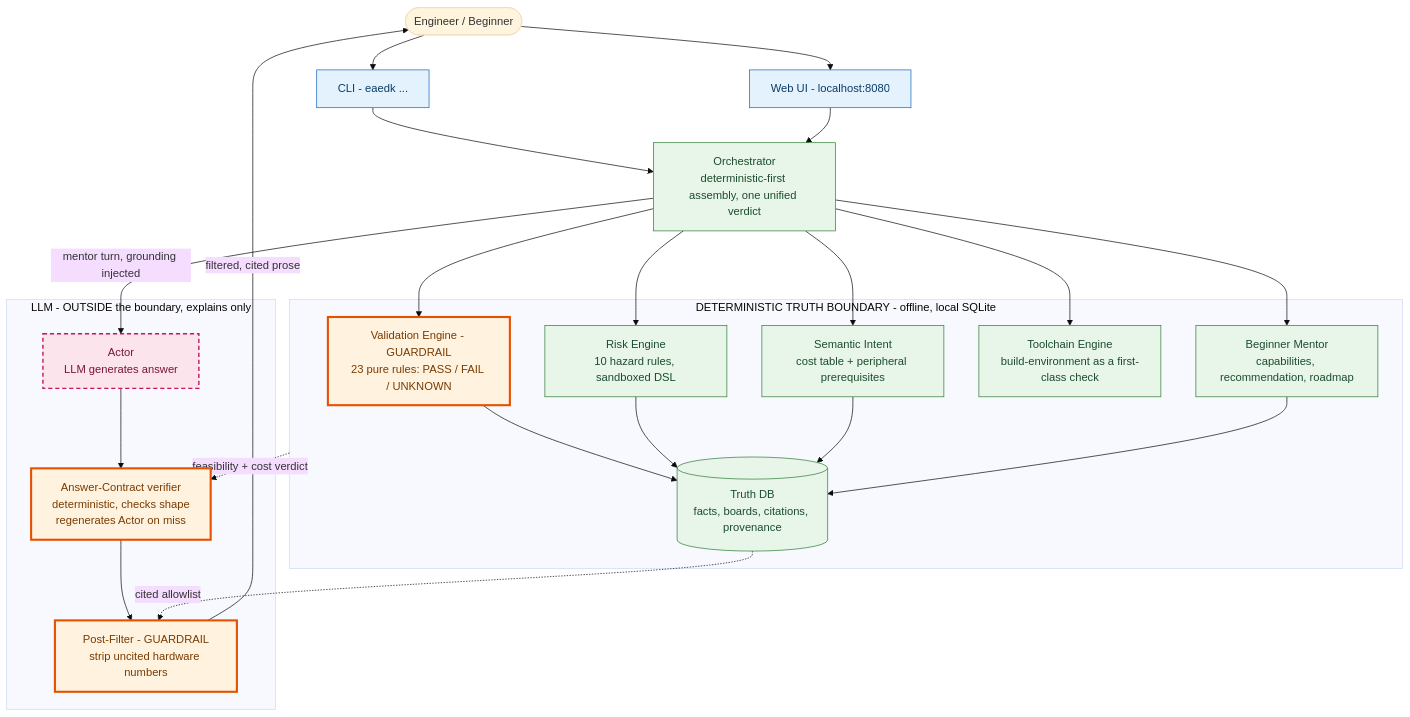
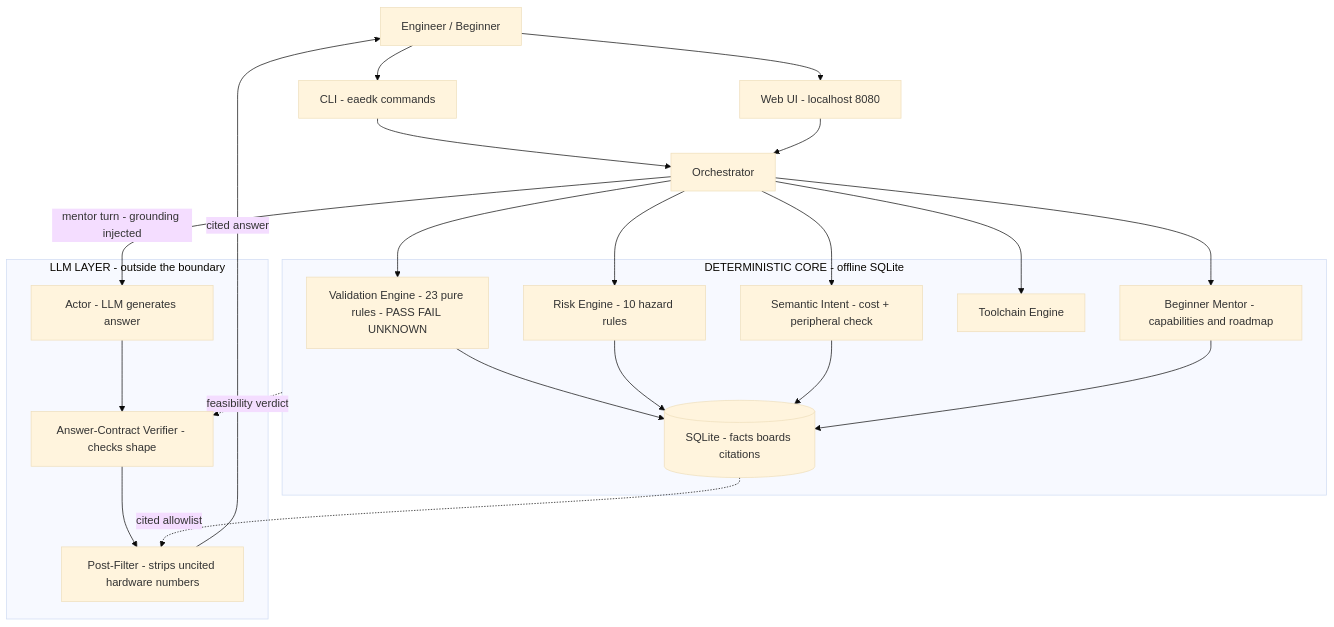
The first of 3 diagrams in README.md (Ashut90/eaedk), drawn with Mermaid (base theme) before and after one commit. The commit also changed other lines of this file, not shown here.

First line of the commit message:
fix(readme): fix mermaid diagrams for GitHub rendering

````diff
--- a/README.md
+++ b/README.md
@@ -217,46 +217,43 @@
 ```mermaid
 flowchart TB
-    user([Engineer / Beginner])
-    CLI["CLI - eaedk ..."]:::door
-    WEB["Web UI - localhost:8080"]:::door
-    user --> CLI
-    user --> WEB
+    User[Engineer / Beginner]
+    CLI[CLI - eaedk commands]
+    WEB[Web UI - localhost 8080]
+    ORCH[Orchestrator]
+
+    User --> CLI
+    User --> WEB
     CLI --> ORCH
     WEB --> ORCH
-    ORCH["Orchestrator\ndeterministic-first assembly, one unified verdict"]:::core
 
-    subgraph TRUTH["DETERMINISTIC TRUTH BOUNDARY - offline, local SQLite"]
-        VAL["Validation Engine - GUARDRAIL\n23 pure rules: PASS / FAIL / UNKNOWN"]:::guard
-        RISK["Risk Engine\n10 hazard rules, sandboxed DSL"]:::core
-        SEM["Semantic Intent\ncost table + peripheral prerequisites"]:::core
-        TOOL["Toolchain Engine\nbuild-environment as a first-class check"]:::core
-        MENT["Beginner Mentor\ncapabilities, recommendation, roadmap"]:::core
-        DB[("Truth DB\nfacts, boards, citations, provenance")]:::db
+    subgraph Core[DETERMINISTIC CORE - offline SQLite]
+        VAL[Validation Engine - 23 pure rules - PASS FAIL UNKNOWN]
+        RISK[Risk Engine - 10 hazard rules]
+        SEM[Semantic Intent - cost + peripheral check]
+        TOOL[Toolchain Engine]
+        MENT[Beginner Mentor - capabilities and roadmap]
+        DB[(SQLite - facts boards citations)]
     end
+
     ORCH --> VAL
     ORCH --> RISK
     ORCH --> SEM
     ORCH --> TOOL
     ORCH --> MENT
     VAL --> DB
     RISK --> DB
     SEM --> DB
     MENT --> DB
 
-    subgraph OUT["LLM - OUTSIDE the boundary, explains only"]
-        ACT["Actor\nLLM generates answer"]:::llm
-        CON["Answer-Contract verifier\ndeterministic, checks shape\nregenerates Actor on miss"]:::guard
-        PF["Post-Filter - GUARDRAIL\nstrip uncited hardware numbers"]:::guard
+    subgraph LLM[LLM LAYER - outside the boundary]
+        ACT[Actor - LLM generates answer]
+        CON[Answer-Contract Verifier - checks shape]
+        PF[Post-Filter - strips uncited hardware numbers]
         ACT --> CON --> PF
     end
-    ORCH -->|mentor turn, grounding injected| ACT
+
+    ORCH -->|mentor turn - grounding injected| ACT
     DB -.->|cited allowlist| PF
-    TRUTH -.->|feasibility + cost verdict| CON
-    PF -->|filtered, cited prose| user
-
-    classDef door fill:#e3f2fd,stroke:#1565c0,color:#0d3b66;
-    classDef core fill:#e8f5e9,stroke:#2e7d32,color:#1b4d2e;
-    classDef db fill:#e8f5e9,stroke:#2e7d32,color:#1b4d2e;
-    classDef guard fill:#fff3e0,stroke:#e65100,stroke-width:3px,color:#7a3b00;
-    classDef llm fill:#fce4ec,stroke:#c2185b,stroke-width:2px,stroke-dasharray:6 4,color:#7a1438;
+    Core -.->|feasibility verdict| CON
+    PF -->|cited answer| User
 ```
````
